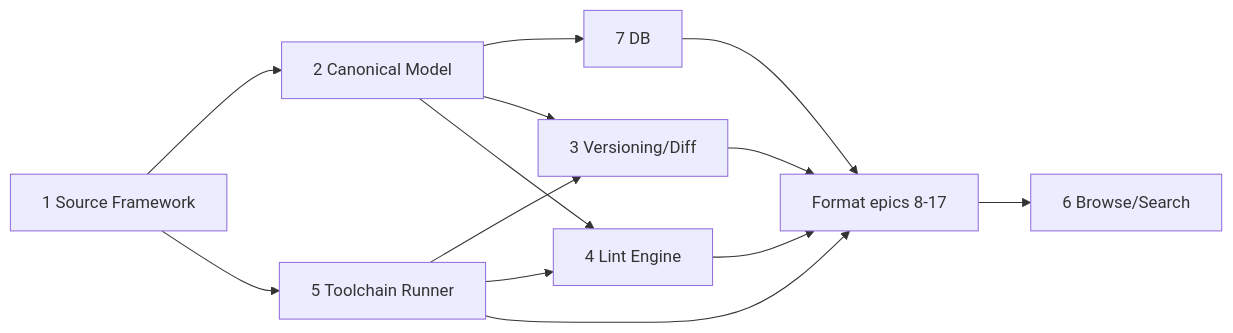
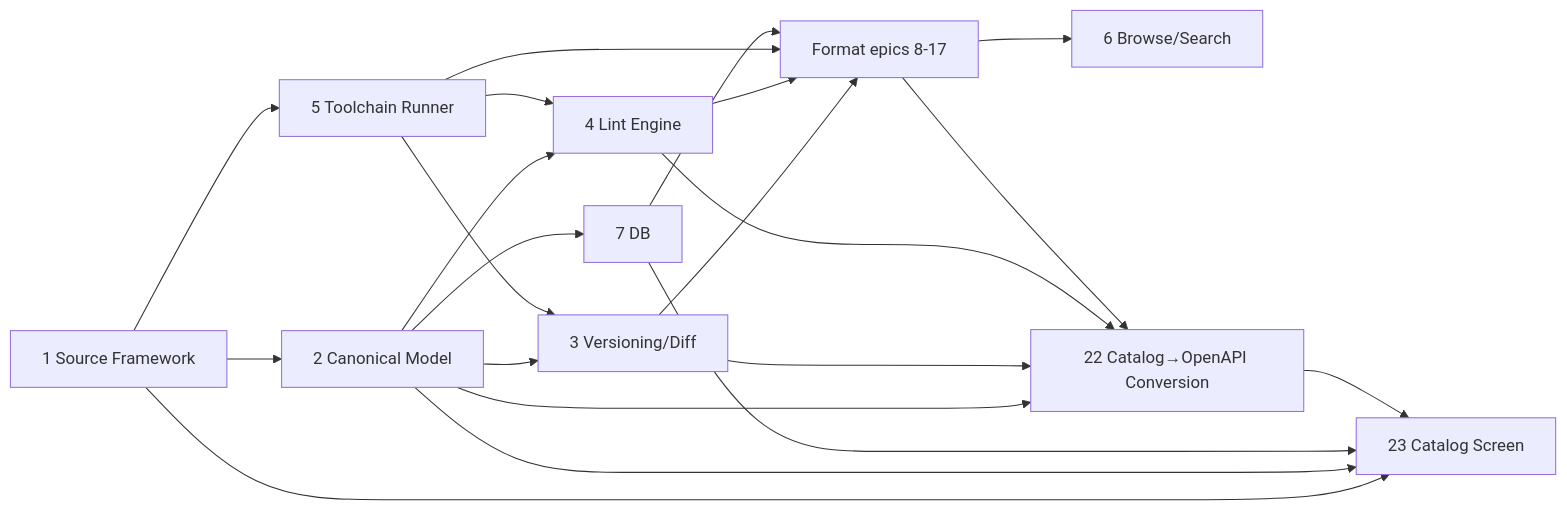
One commit to objectified-project/objectified changed the eighth of 8 diagrams in docs/ROADMAP_MULTI_FORMAT_IMPORT.md. Above: the diagram before and after it, drawn with Mermaid. The commit also changed other lines of this file and 1 other file, not shown here.

Commit message:
fix: updates roadmap and whats new

````diff
--- a/docs/ROADMAP_MULTI_FORMAT_IMPORT.md
+++ b/docs/ROADMAP_MULTI_FORMAT_IMPORT.md
@@ -822,11 +1126,15 @@
 ```mermaid
 flowchart LR
   E1[1 Source Framework] --> E2[2 Canonical Model]
   E1 --> E5[5 Toolchain Runner]
   E2 --> E7[7 DB]
   E2 --> E3[3 Versioning/Diff]
   E2 --> E4[4 Lint Engine]
   E5 --> E3 & E4
   E3 & E4 & E5 & E7 --> F[Format epics 8-17]
   F --> E6[6 Browse/Search]
+  E2 & E3 & E4 --> E22[22 Catalog→OpenAPI Conversion]
+  F --> E22
+  E1 & E2 & E7 --> E23[23 Catalog Screen]
+  E22 --> E23
 ```
````
